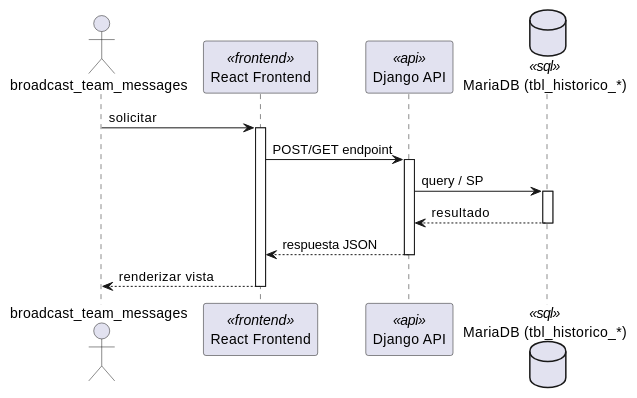
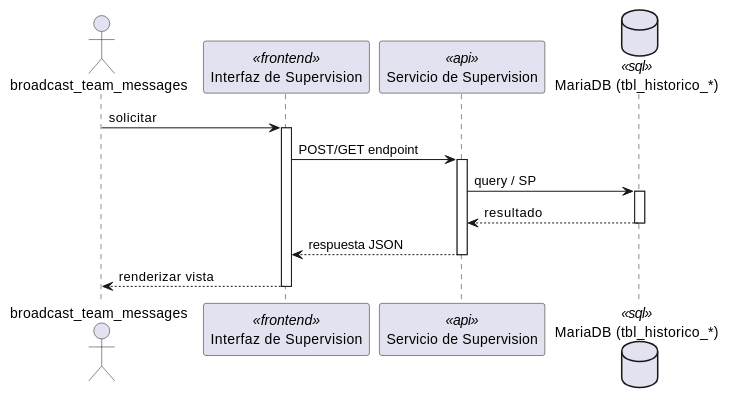
One commit to jcg-admin/IACT-docs changed the first of 2 diagrams in source/arquitectura-tecnica/DesignView/sup-03.rst. Above: the diagram before and after it, drawn with PlantUML. The commit also changed other lines of this file and 243 other files, not shown here.

First line of the commit message:
Add missing diagrams and fix participant names across Kruchten views

```diff
--- a/source/arquitectura-tecnica/DesignView/sup-03.rst
+++ b/source/arquitectura-tecnica/DesignView/sup-03.rst
@@ -22,28 +22,28 @@
 .. uml::
  :caption: UC_SUP_03 — Design View (secuencia)
 
  @startuml
 
  actor "broadcast_team_messages" as broadcast_team_messages
- participant "React Frontend" as Frontend <<frontend>>
- participant "Django API" as APIServer <<api>>
- database "MariaDB (tbl_historico_*)" as BaseDatos <<sql>>
+ participant "Interfaz de Supervision" as Iface <<frontend>>
+ participant "Servicio de Supervision" as SvcNode <<api>>
+ database "MariaDB (tbl_historico_*)" as Store <<sql>>
 
- broadcast_team_messages -> Frontend : solicitar
- activate Frontend
+ broadcast_team_messages -> Iface : solicitar
+ activate Iface
 
- Frontend -> APIServer : POST/GET endpoint
- activate APIServer
+ Iface -> SvcNode : POST/GET endpoint
+ activate SvcNode
 
- APIServer -> BaseDatos : query / SP
- activate BaseDatos
- BaseDatos --> APIServer : resultado
- deactivate BaseDatos
+ SvcNode -> Store : query / SP
+ activate Store
+ Store --> SvcNode : resultado
+ deactivate Store
 
- APIServer --> Frontend : respuesta JSON
- deactivate APIServer
+ SvcNode --> Iface : respuesta JSON
+ deactivate SvcNode
 
- Frontend --> broadcast_team_messages : renderizar vista
- deactivate Frontend
+ Iface --> broadcast_team_messages : renderizar vista
+ deactivate Iface
 
  @enduml
```
